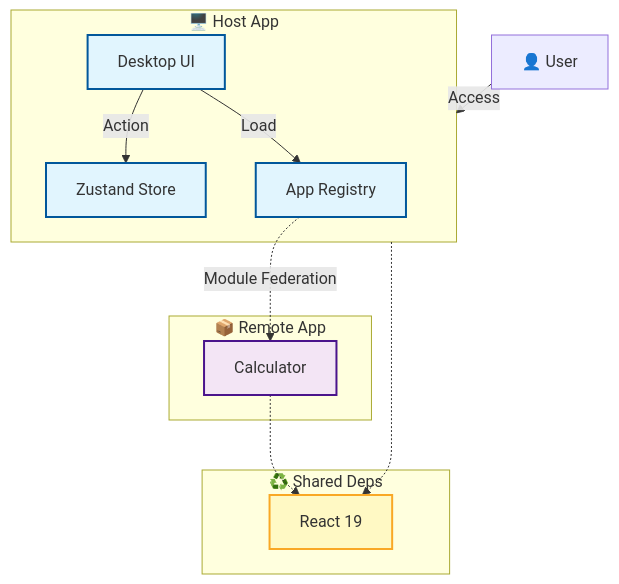
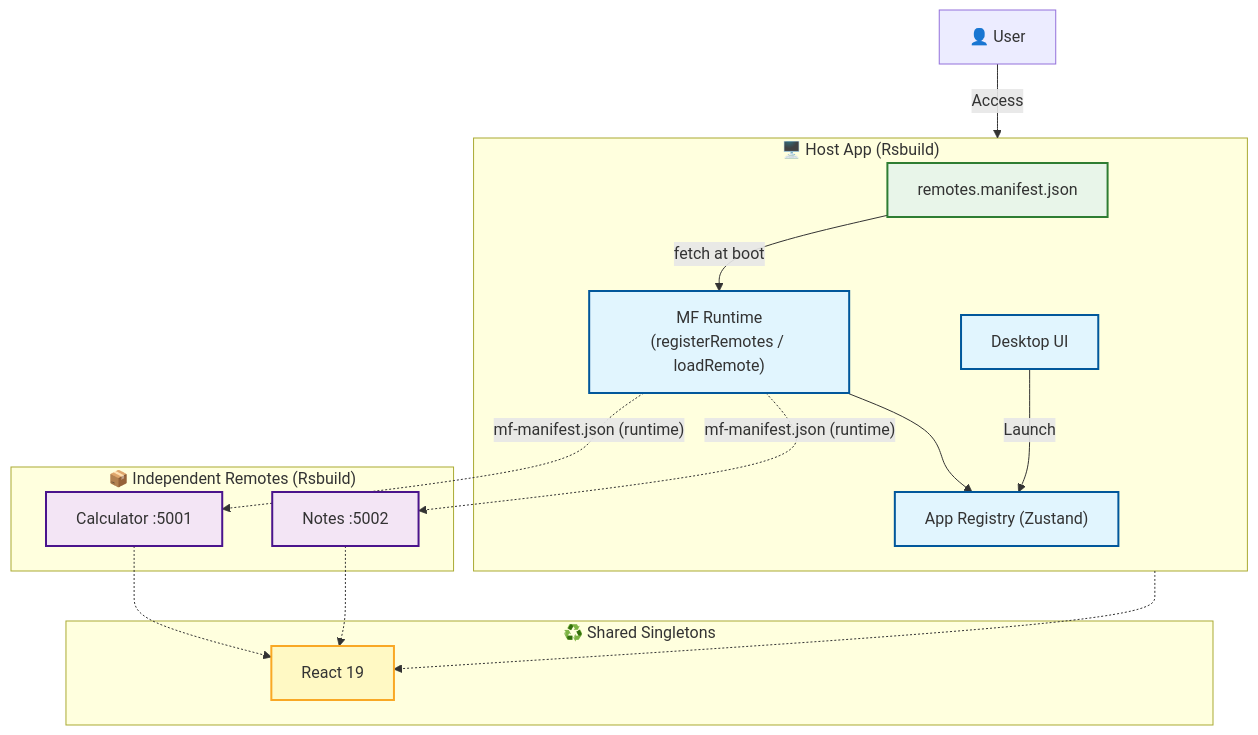
The diagram in README.md (KBH-js/proto), drawn with Mermaid before and after one commit. The commit also changed other lines of this file and 48 other files, not shown here.

First line of the commit message:
feat: migrate to Rsbuild + Module Federation 2 runtime architecture

````diff
--- a/README.md
+++ b/README.md
@@ -25,32 +28,39 @@
 ```mermaid
 graph TD
     classDef host fill:#e1f5fe,stroke:#01579b,stroke-width:2px
     classDef remote fill:#f3e5f5,stroke:#4a148c,stroke-width:2px
     classDef shared fill:#fff9c4,stroke:#f9a825,stroke-width:2px
+    classDef manifest fill:#e8f5e9,stroke:#2e7d32,stroke-width:2px
 
     User["👤 User"] -->|Access| Host
 
-    subgraph Host ["🖥️ Host App"]
-        Registry[App Registry]
-        Store[Zustand Store]
-        Desktop[Desktop UI]
-        Desktop -->|Action| Store
-        Desktop -->|Load| Registry
+    subgraph Host ["🖥️ Host App (Rsbuild)"]
+        Manifest["remotes.manifest.json"]
+        Runtime["MF Runtime<br/>(registerRemotes / loadRemote)"]
+        Registry["App Registry (Zustand)"]
+        Desktop["Desktop UI"]
+        Manifest -->|fetch at boot| Runtime
+        Runtime --> Registry
+        Desktop -->|Launch| Registry
     end
 
-    subgraph Remote ["📦 Remote App"]
-        Calc[Calculator]
+    subgraph Remotes ["📦 Independent Remotes (Rsbuild)"]
+        Calc["Calculator :5001"]
+        Notes["Notes :5002"]
     end
 
-    subgraph Shared ["♻️ Shared Deps"]
-        ReactLib[React 19]
+    subgraph Shared ["♻️ Shared Singletons"]
+        ReactLib["React 19"]
     end
 
-    Registry -.->|Module Federation| Calc
+    Runtime -.->|"mf-manifest.json (runtime)"| Calc
+    Runtime -.->|"mf-manifest.json (runtime)"| Notes
     Host -.-> ReactLib
     Calc -.-> ReactLib
+    Notes -.-> ReactLib
 
-    class Registry,Store,Desktop host
-    class Calc remote
+    class Manifest manifest
+    class Runtime,Registry,Desktop host
+    class Calc,Notes remote
     class ReactLib shared
 ```
````
